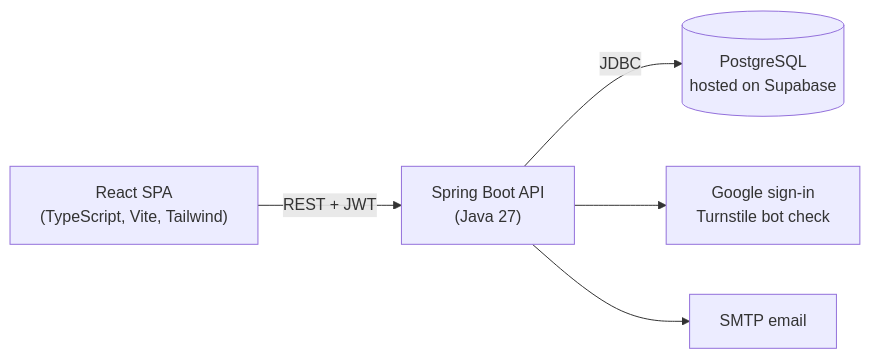
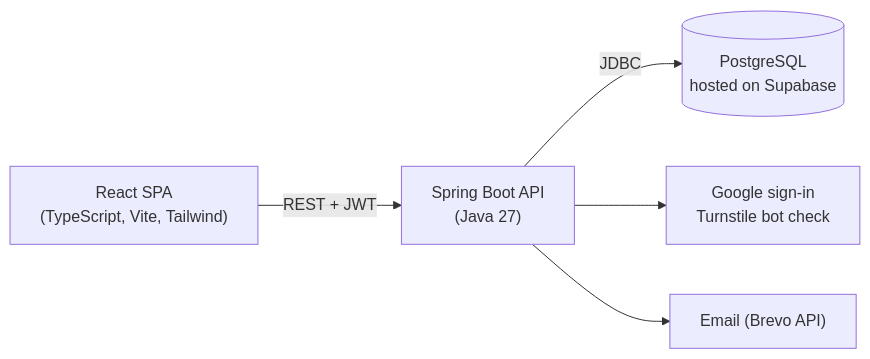
One commit to lampros-polyzos/formularium changed the diagram in README.md. Above: the diagram before and after it, drawn with Mermaid. The commit also changed other lines of this file and 7 other files, not shown here.

Commit message:
feat: use Brevo API for emails

````diff
--- a/README.md
+++ b/README.md
@@ -41,7 +41,7 @@
 ```mermaid
 flowchart LR
     B["React SPA<br/>(TypeScript, Vite, Tailwind)"] -- "REST + JWT" --> A["Spring Boot API<br/>(Java 27)"]
     A -- "JDBC" --> D[("PostgreSQL<br/>hosted on Supabase")]
     A --> G["Google sign-in<br/>Turnstile bot check"]
-    A --> M["SMTP email"]
+    A --> M["Email (Brevo API)"]
 ```
````
